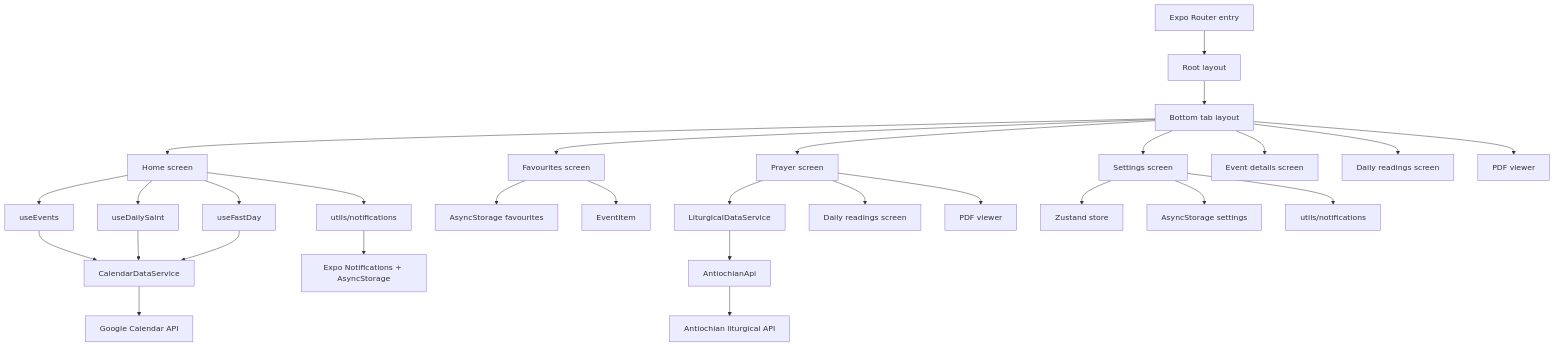
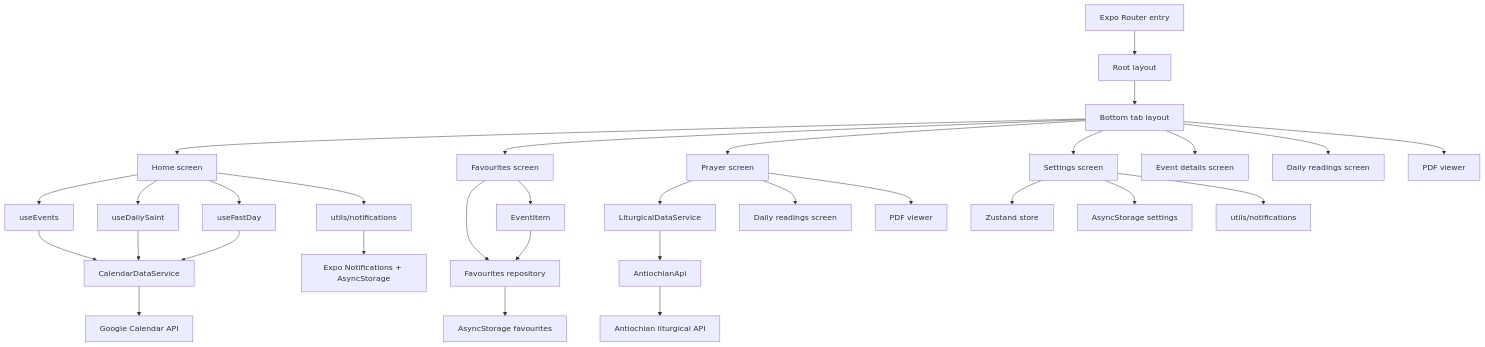
One commit to Edesem/SPAOC changed the diagram in docs/current-architecture.md. Above: the diagram before and after it, drawn with Mermaid. The commit also changed other lines of this file, not shown here.

First line of the commit message:
docs: describe the favourites repository in the architecture doc

````diff
--- a/docs/current-architecture.md
+++ b/docs/current-architecture.md
@@ -54,35 +54,37 @@
 ```mermaid
 flowchart TD
     A[Expo Router entry] --> B[Root layout]
     B --> C[Bottom tab layout]
     C --> D[Home screen]
     C --> E[Favourites screen]
     C --> F[Prayer screen]
     C --> G[Settings screen]
     C --> H[Event details screen]
     C --> I[Daily readings screen]
     C --> J[PDF viewer]
 
     D --> D1[useEvents]
     D --> D2[useDailySaint]
     D --> D3[useFastDay]
     D --> D4[utils/notifications]
     D1 --> D0[CalendarDataService]
     D2 --> D0
     D3 --> D0
     D0 --> D5[Google Calendar API]
     D4 --> D8[Expo Notifications + AsyncStorage]
 
-    E --> E1[AsyncStorage favourites]
+    E --> E0[Favourites repository]
     E --> E2[EventItem]
+    E2 --> E0
+    E0 --> E1[AsyncStorage favourites]
 
     F --> F0[LiturgicalDataService]
     F0 --> F1[AntiochianApi]
     F1 --> F2[Antiochian liturgical API]
     F --> F3[Daily readings screen]
     F --> F4[PDF viewer]
 
     G --> G1[Zustand store]
     G --> G2[AsyncStorage settings]
     G --> G3[utils/notifications]
 ```
````
